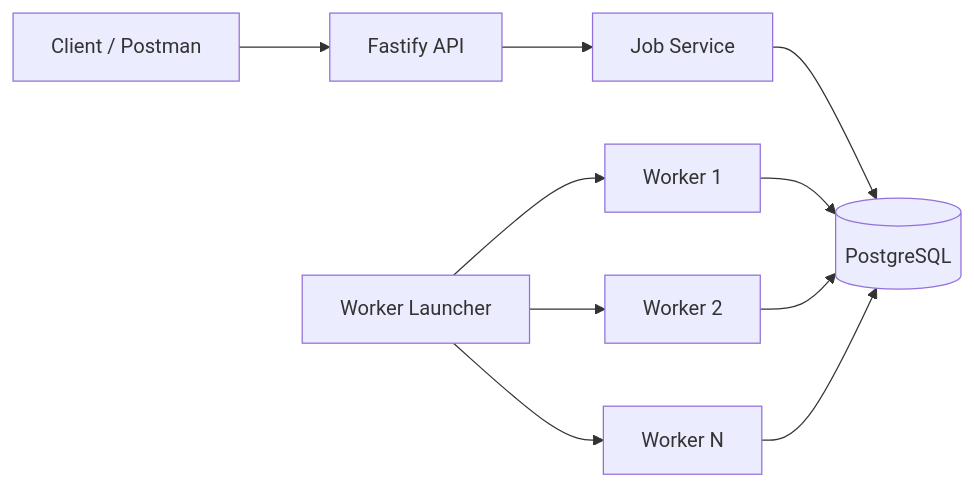
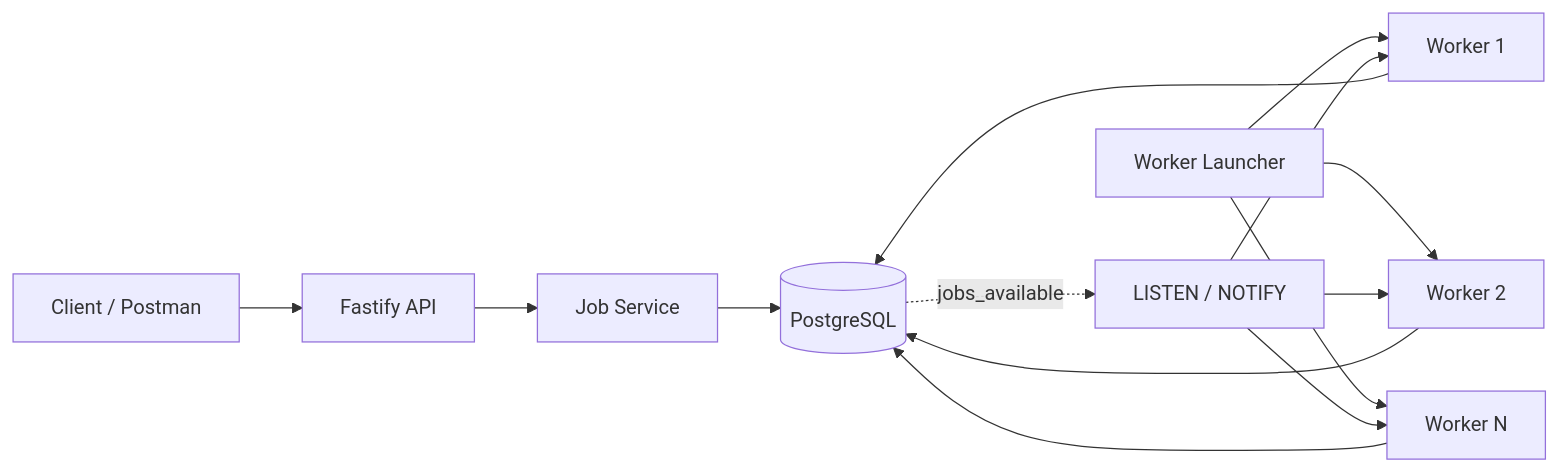
The first of 6 diagrams in README.md (guptakrish490/FlowForge), drawn with Mermaid before and after one commit. The commit also changed other lines of this file, not shown here.

````diff
--- a/README.md
+++ b/README.md
@@ -31,24 +36,29 @@
 ```mermaid
 flowchart LR
     Client["Client / Postman"]
     API["Fastify API"]
     Service["Job Service"]
     DB[("PostgreSQL")]
+    Notify["LISTEN / NOTIFY"]
     
     Launcher["Worker Launcher"]
     W1["Worker 1"]
     W2["Worker 2"]
     WN["Worker N"]
 
     Client --> API
     API --> Service
     Service --> DB
+    DB -. "jobs_available" .-> Notify
 
     Launcher --> W1
     Launcher --> W2
     Launcher --> WN
 
     W1 --> DB
     W2 --> DB
     WN --> DB
+    Notify --> W1
+    Notify --> W2
+    Notify --> WN
 ```
````
